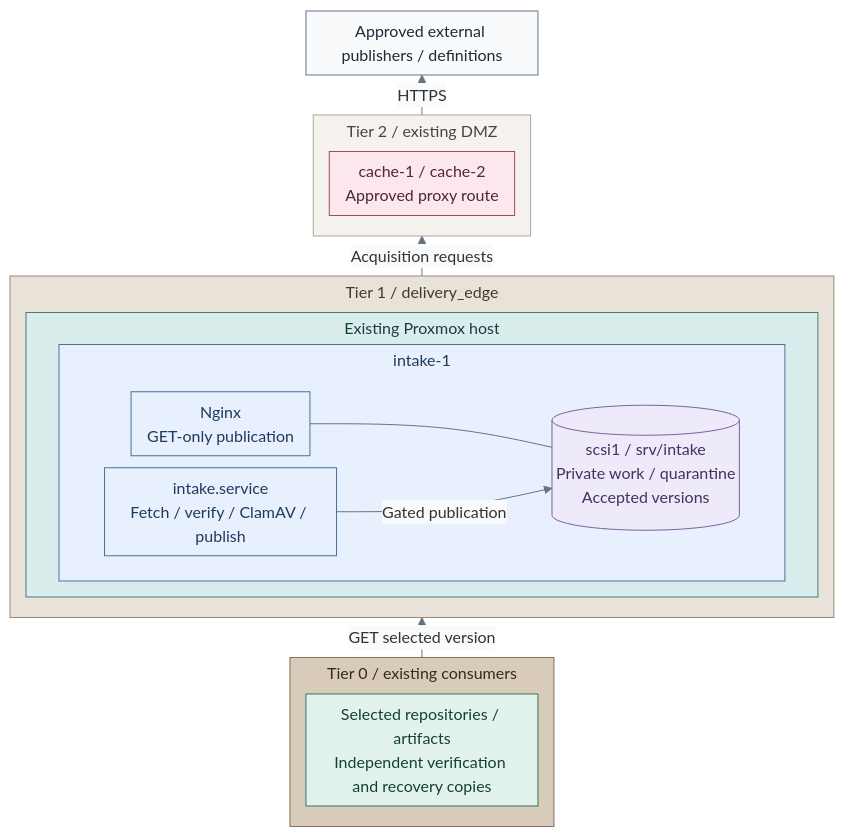
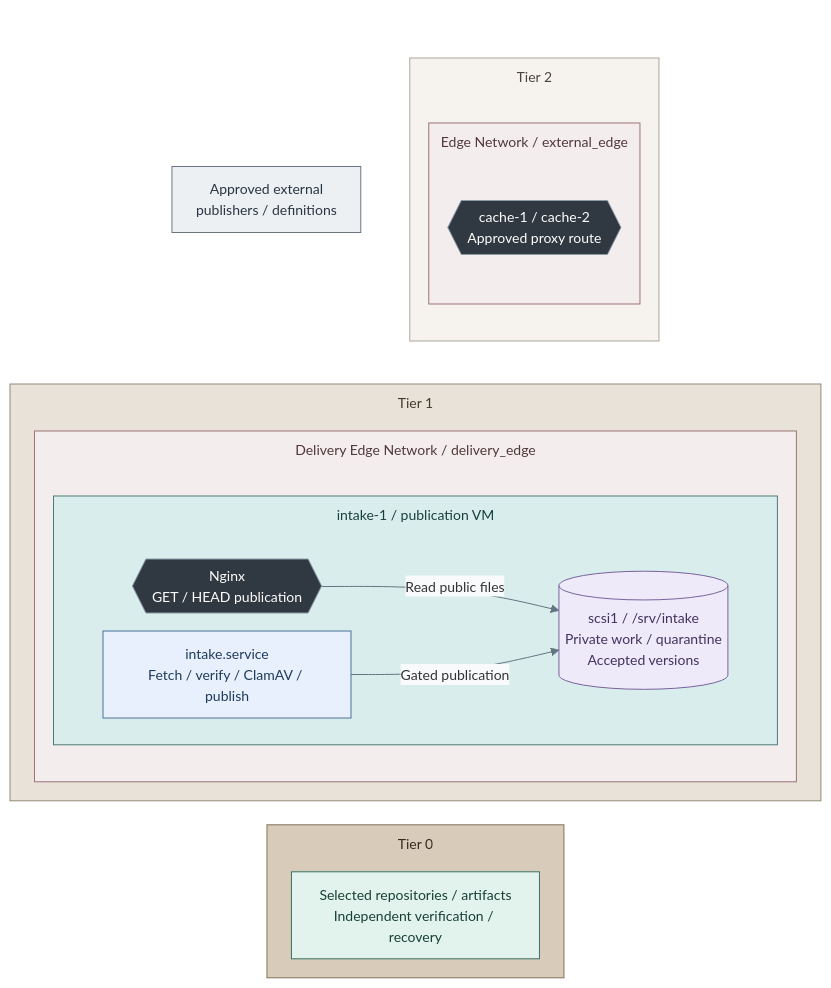
One commit to Rexus/homelab changed the first of 3 diagrams in docs/03-deployment/stage-3-trust/step-15b-verified-intake.md. Above: the diagram before and after it, drawn with Mermaid. The commit also changed other lines of this file and 124 other files, not shown here.

First line of the commit message:
fix(platform): align service diagrams and directory failover

````diff
--- a/docs/03-deployment/stage-3-trust/step-15b-verified-intake.md
+++ b/docs/03-deployment/stage-3-trust/step-15b-verified-intake.md
@@ -14,43 +14,52 @@
 ```mermaid
-%%{init: {"theme":"base","flowchart":{"nodeSpacing":12,"rankSpacing":16,"padding":8,"subGraphTitleMargin":{"top":4,"bottom":12}},"themeVariables":{"lineColor":"#627581","edgeLabelBackground":"#f8fafc"}}}%%
-flowchart BT
-  subgraph T0["Tier 0 / existing consumers"]
-    C["Selected repositories / artifacts<br/>Independent verification and recovery copies"]
+%%{init: {"theme":"base","flowchart":{"nodeSpacing":18,"rankSpacing":24,"padding":12,"subGraphTitleMargin":{"top":8,"bottom":20}},"themeVariables":{"lineColor":"#627581","edgeLabelBackground":"#f8fafc","fontFamily":"Arial, sans-serif","fontSize":"14px"},"fontFamily":"Arial, sans-serif"}}%%
+flowchart TB
+  subgraph Layout[" "]
+    direction LR
+    UP["Approved external<br/>publishers / definitions"]
+    subgraph T2["Tier 2"]
+      subgraph CacheNetwork["Edge Network / external_edge"]
+        PROXY{{"cache-1 / cache-2<br/>Approved proxy route"}}
+      end
+    end
+    UP ~~~ T2
   end
-  subgraph T1["Tier 1 / delivery_edge"]
-    subgraph PVE["Existing Proxmox host"]
-    subgraph VM["intake-1"]
+  subgraph T1["Tier 1"]
+    subgraph Network["Delivery Edge Network / delivery_edge"]
+      subgraph VM["intake-1 / publication VM"]
         direction LR
-        WEB["Nginx<br/>GET-only publication"]
+        WEB{{"Nginx<br/>GET / HEAD publication"}}
         JOBS["intake.service<br/>Fetch / verify / ClamAV / publish"]
-        DATA[("scsi1 / srv/intake<br/>Private work / quarantine<br/>Accepted versions")]
-        WEB --- DATA
+        DATA[("scsi1 / /srv/intake<br/>Private work / quarantine<br/>Accepted versions")]
+        WEB -->|Read public files| DATA
         JOBS -->|Gated publication| DATA
       end
     end
   end
-  subgraph T2["Tier 2 / existing DMZ"]
-    PROXY["cache-1 / cache-2<br/>Approved proxy route"]
+  subgraph T0["Tier 0"]
+    C["Selected repositories / artifacts<br/>Independent verification / recovery"]
   end
-  UP["Approved external publishers / definitions"]
-  T0 -->|GET selected version| T1
-  T1 -->|Acquisition requests| T2
-  T2 -->|HTTPS| UP
+  Layout ~~~ T1 ~~~ T0
+  style Layout fill:none,stroke:none
   classDef default fill:#f8fafc,stroke:#64748b,color:#1f2937
+  classDef tier0 fill:#d8cbb9,stroke:#83715a,color:#352a1e
+  classDef tier1 fill:#e9e2d8,stroke:#968976,color:#44382a
+  classDef tier2 fill:#f6f3ef,stroke:#aca59b,color:#4b443c
+  classDef network fill:#f4eded,stroke:#9b7378,color:#50383d
+  classDef runtime fill:#d9eeec,stroke:#4d7b77,color:#173f3e
+  classDef traffic fill:#303841,stroke:#8a9baa,color:#ffffff
+  classDef services fill:#e7f0fc,stroke:#4d719b,color:#203a5b
   classDef control fill:#e2f3ed,stroke:#397366,color:#173f36
-  classDef services fill:#e7f0fc,stroke:#4d719b,color:#203a5b
-  classDef runtime fill:#d9eeec,stroke:#4d7b77,color:#173f3e
   classDef data fill:#eeeafa,stroke:#78639b,color:#42325d
-  classDef edge fill:#fce8ec,stroke:#9b4d67,color:#502638
+  classDef actor fill:#edf0f3,stroke:#697682,color:#293642
+  class T0 tier0
+  class T1 tier1
+  class T2 tier2
+  class CacheNetwork,Network network
+  class VM runtime
+  class WEB,PROXY traffic
+  class JOBS services
   class C control
-  class VM,WEB,JOBS services
-  class PVE runtime
   class DATA data
-  class PROXY edge
-  classDef tier0 fill:#d8cbb9,stroke:#83715a,color:#352a1e
-  class T0 tier0
-  classDef tier1 fill:#e9e2d8,stroke:#968976,color:#44382a
-  class T1 tier1
-  classDef tier2 fill:#f6f3ef,stroke:#aca59b,color:#4b443c
-  class T2 tier2
+  class UP actor
 ```
````
